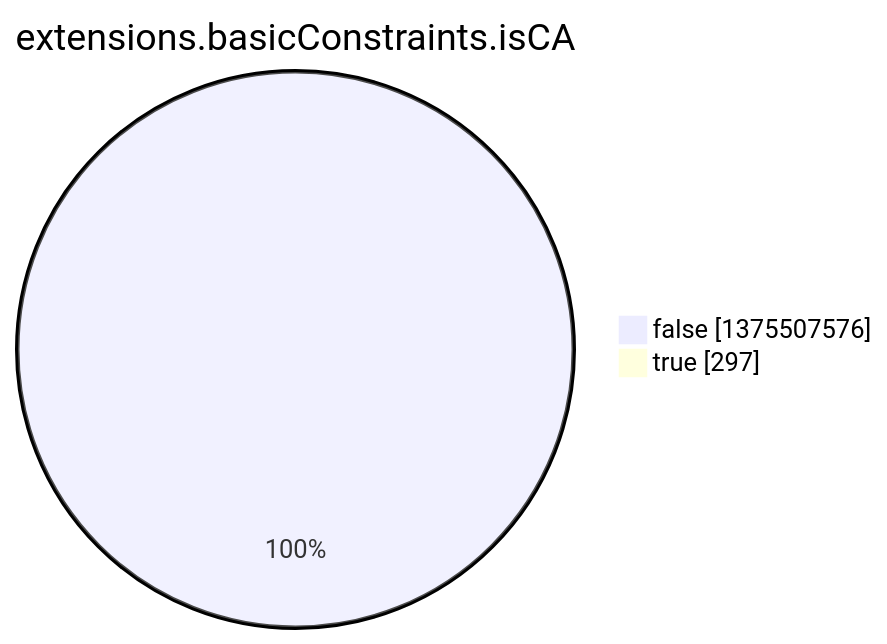
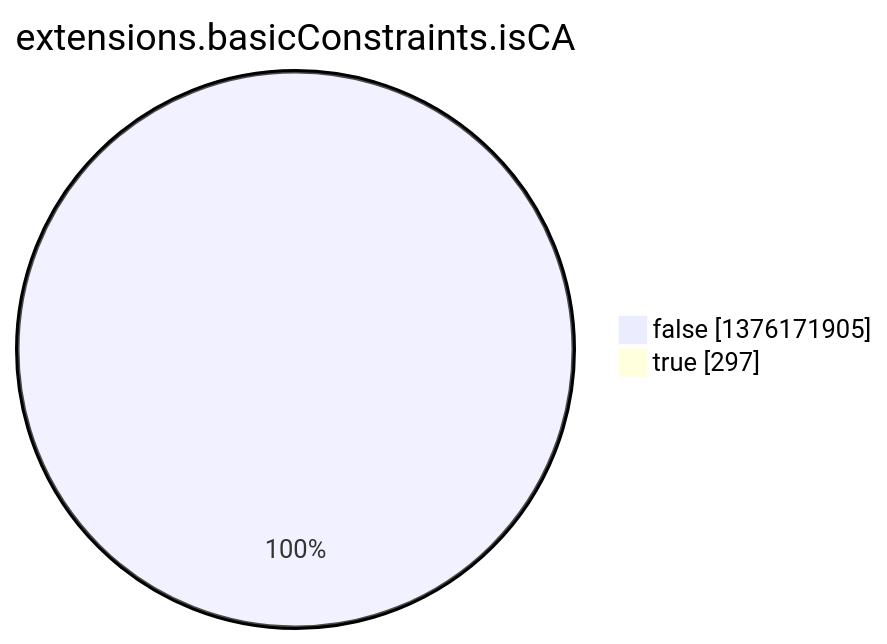
The eighth of 15 diagrams in argon2022/README.md (christiankrug/ctmonitor_visualization), drawn with Mermaid before and after one commit. The commit also changed other lines of this file, not shown here.

````diff
--- a/argon2022/README.md
+++ b/argon2022/README.md
@@ -2759,6 +2759,6 @@
 ```mermaid
 pie showData
 title extensions.basicConstraints.isCA
-"false" :1375507576
+"false" :1376171905
 "true" :297
 ```
````
